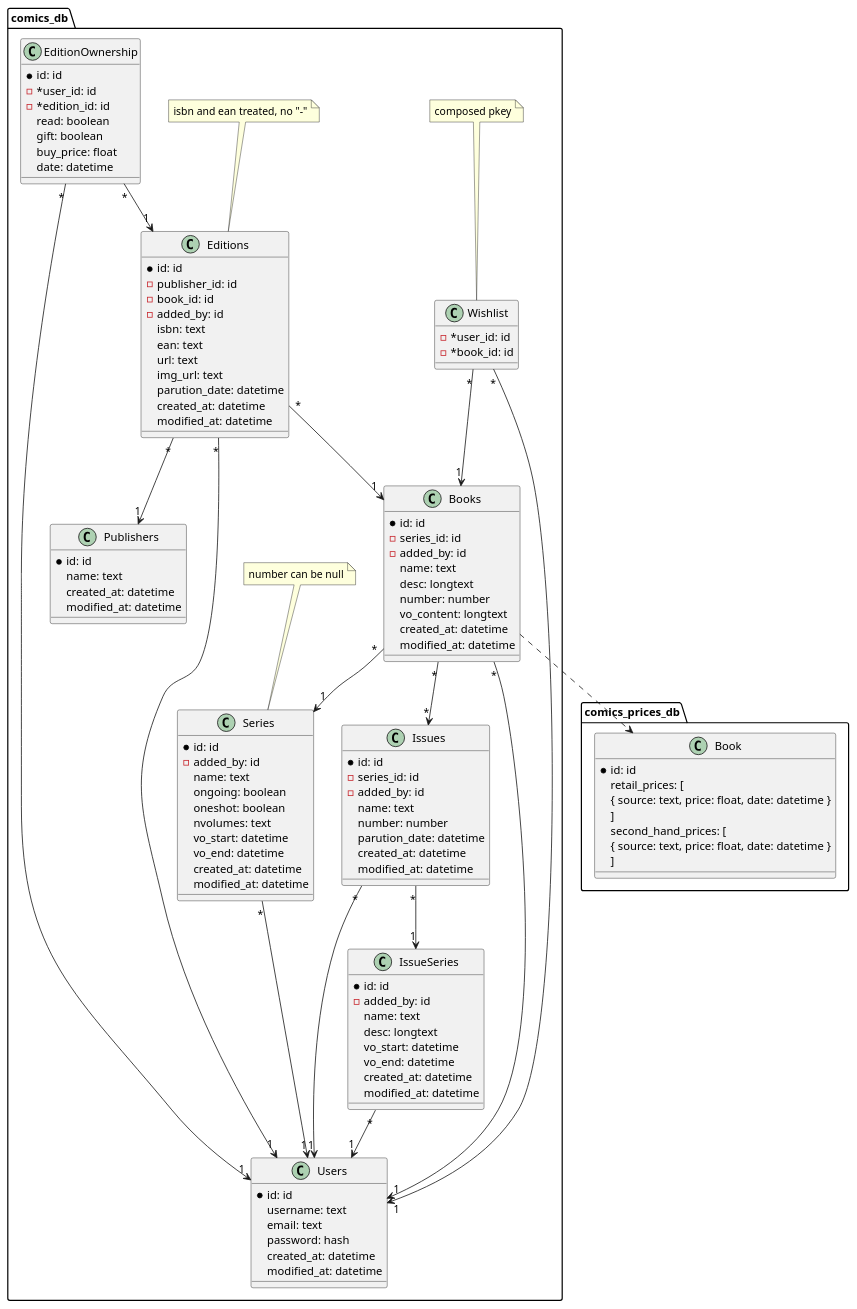
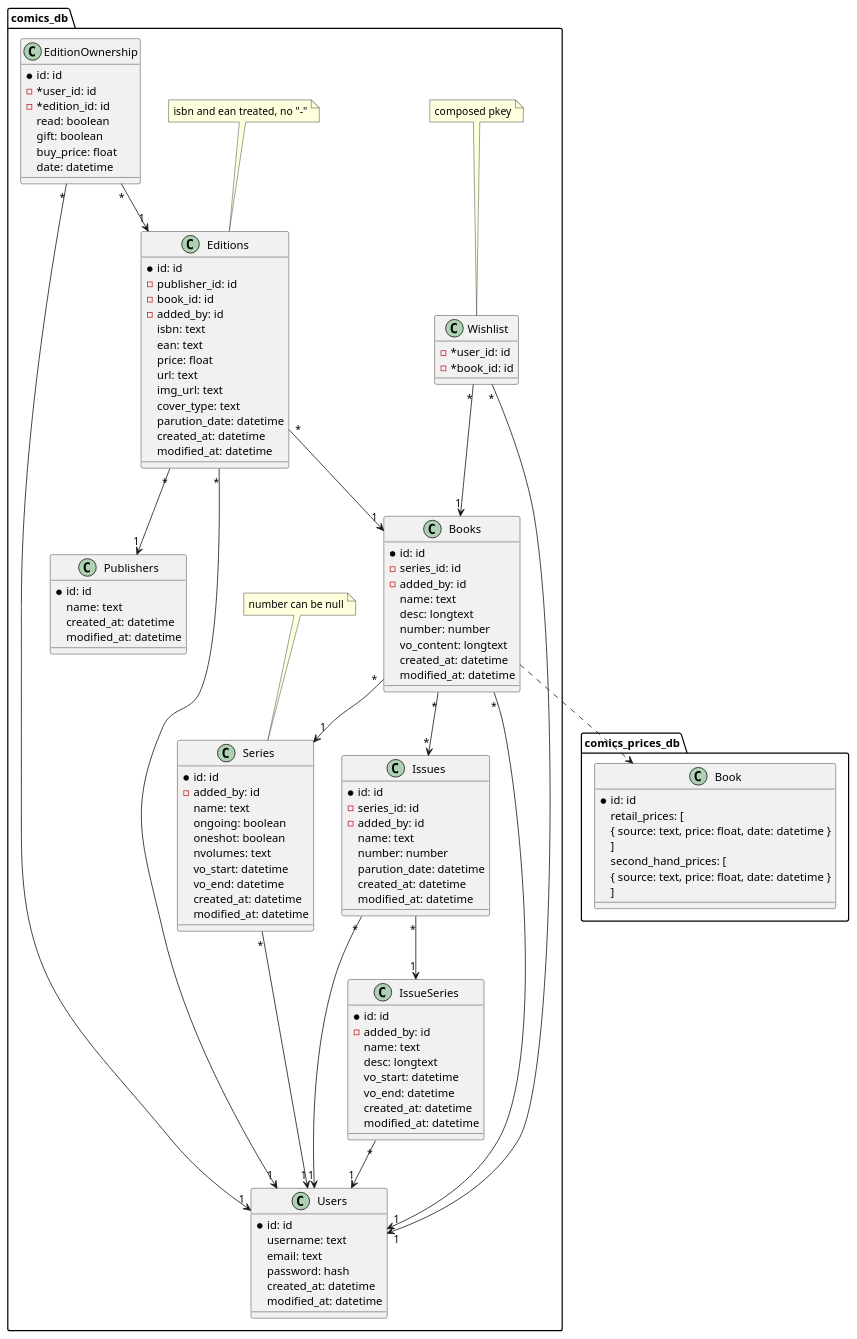
The diagram in db/mcd.puml (StutenEXE/comics-engineering), drawn with PlantUML before and after one commit. The commit also changed 6 other files, not shown here.

```diff
--- a/db/mcd.puml
+++ b/db/mcd.puml
@@ -1,135 +1,137 @@
 @startuml mcd comics engineering
 
 package comics_db {
     class Users {
         *id: id
         username: text
         email: text
         password: hash
         created_at: datetime
         modified_at: datetime
     }
 
     class IssueSeries {
         *id: id
         -added_by: id
         name: text
         desc: longtext
         vo_start: datetime
         vo_end: datetime
         created_at: datetime
         modified_at: datetime
     }
 
     class Issues {
         *id: id
         -series_id: id
         -added_by: id
         name: text
         number: number
         parution_date: datetime
         created_at: datetime
         modified_at: datetime
     }
 
     class Books {
         *id: id
         -series_id: id
         -added_by: id
         name: text
         desc: longtext
         number: number
         vo_content: longtext
         created_at: datetime
         modified_at: datetime
     }
 
     class Editions {
         *id: id
         -publisher_id: id
         -book_id: id
         -added_by: id
         isbn: text
         ean: text
+        price: float
         url: text
         img_url: text
+        cover_type: text
         parution_date: datetime
         created_at: datetime
         modified_at: datetime
     }
     note top: isbn and ean treated, no "-"
 
     class Series {
         *id: id
         -added_by: id
         name: text
         ongoing: boolean
         oneshot: boolean
         nvolumes: text
         vo_start: datetime
         vo_end: datetime
         created_at: datetime
         modified_at: datetime
     }
     note top: number can be null
 
     class Publishers {
         *id: id
         name: text
         created_at: datetime
         modified_at: datetime
     }
 	
 	class EditionOwnership {
         *id: id
         - *user_id: id
         - *edition_id: id
         read: boolean
         gift: boolean
         buy_price: float
         date: datetime
     }
 
     class Wishlist {
         - *user_id: id
         - *book_id: id
     }
     note top: composed pkey
 }
 
 package comics_prices_db {
     class Book {
         *id: id
         retail_prices: [
             { source: text, price: float, date: datetime }
         ]
         second_hand_prices: [
             { source: text, price: float, date: datetime }
         ]
     }
 }
 
 IssueSeries "*" --> "1" Users
 
 Issues "*" --> "1" IssueSeries
 Issues "*" --> "1" Users 
 
 Books "*" --> "*" Issues
 
 EditionOwnership "*" --> "1" Editions
 EditionOwnership "*" --> "1" Users
 
 Wishlist "*" --> "1" comics_db.Books
 Wishlist "*" --> "1" Users
 
 Editions "*" --> "1" comics_db.Books
 Editions "*" --> "1" Publishers
 Editions "*" --> "1" Users
 
 comics_db.Books "*" --> "1" Series
 comics_db.Books "*" --> "1" Users
 comics_db.Books ..> comics_prices_db.Book
 
 comics_db.Series "*" --> "1" Users
 
 @enduml
```
